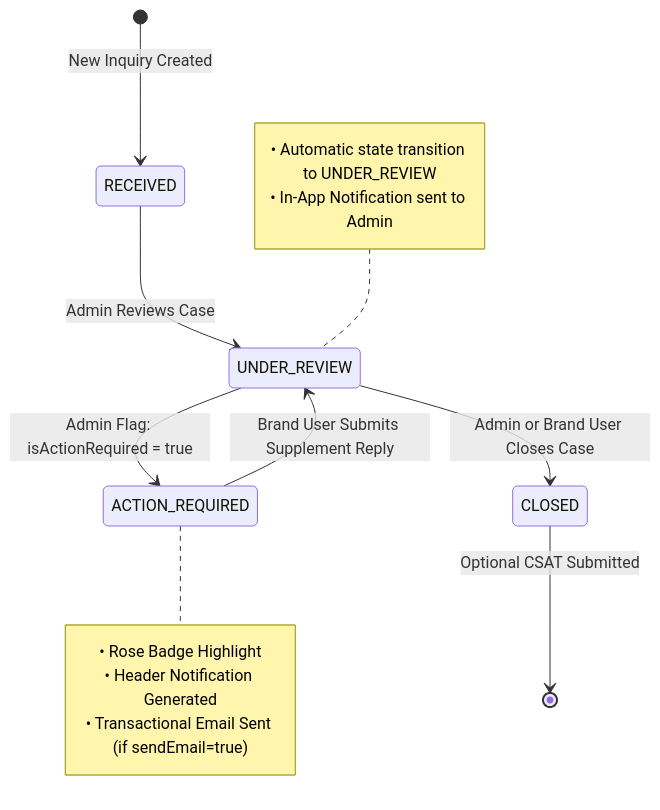
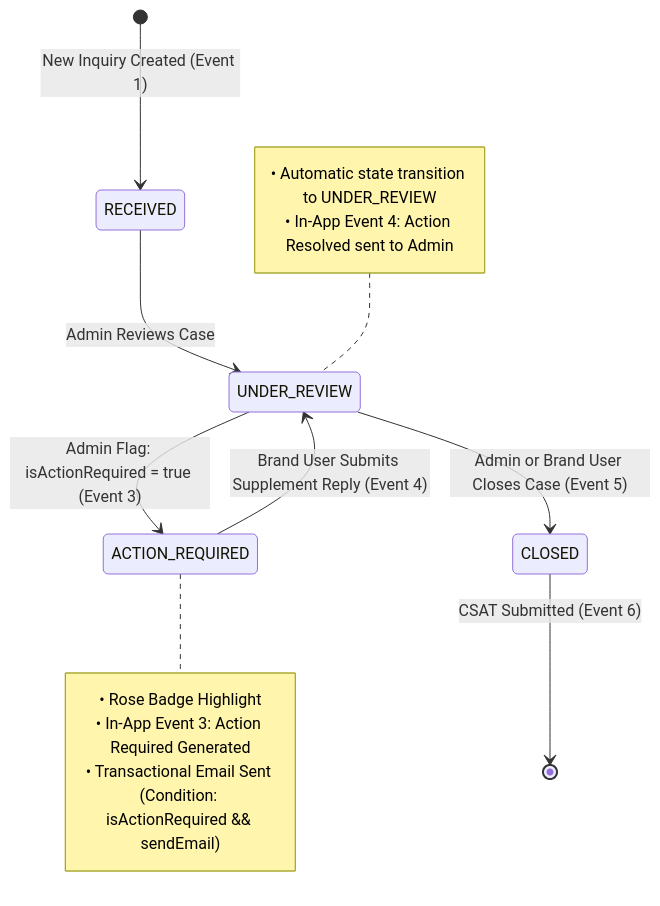
Before and after one commit to chaehahm-Kr/KBGP-Portal: the fourth of 7 diagrams in Manuals/MAN-B-TASK-001_Task-Communication/02_CLAUDE_PACKAGE/03_DIAGRAMS/TASK_COMMUNICATION_ARCHITECTURE_DIAGRAMS.md, drawn with Mermaid. The commit also changed other lines of this file and 6 other files, not shown here.

````diff
--- a/Manuals/MAN-B-TASK-001_Task-Communication/02_CLAUDE_PACKAGE/03_DIAGRAMS/TASK_COMMUNICATION_ARCHITECTURE_DIAGRAMS.md
+++ b/Manuals/MAN-B-TASK-001_Task-Communication/02_CLAUDE_PACKAGE/03_DIAGRAMS/TASK_COMMUNICATION_ARCHITECTURE_DIAGRAMS.md
@@ -130,21 +131,21 @@
 ```mermaid
 stateDiagram-v2
-    [*] --> RECEIVED: New Inquiry Created
+    [*] --> RECEIVED: New Inquiry Created (Event 1)
     RECEIVED --> UNDER_REVIEW: Admin Reviews Case
 
-    UNDER_REVIEW --> ACTION_REQUIRED: Admin Flag: isActionRequired = true
+    UNDER_REVIEW --> ACTION_REQUIRED: Admin Flag: isActionRequired = true (Event 3)
     note right of ACTION_REQUIRED
         • Rose Badge Highlight
-        • Header Notification Generated
-        • Transactional Email Sent (if sendEmail=true)
+        • In-App Event 3: Action Required Generated
+        • Transactional Email Sent (Condition: isActionRequired && sendEmail)
     end note
 
-    ACTION_REQUIRED --> UNDER_REVIEW: Brand User Submits Supplement Reply
+    ACTION_REQUIRED --> UNDER_REVIEW: Brand User Submits Supplement Reply (Event 4)
     note left of UNDER_REVIEW
         • Automatic state transition to UNDER_REVIEW
-        • In-App Notification sent to Admin
+        • In-App Event 4: Action Resolved sent to Admin
     end note
 
-    UNDER_REVIEW --> CLOSED: Admin or Brand User Closes Case
-    CLOSED --> [*]: Optional CSAT Submitted
+    UNDER_REVIEW --> CLOSED: Admin or Brand User Closes Case (Event 5)
+    CLOSED --> [*]: CSAT Submitted (Event 6)
 ```
````
